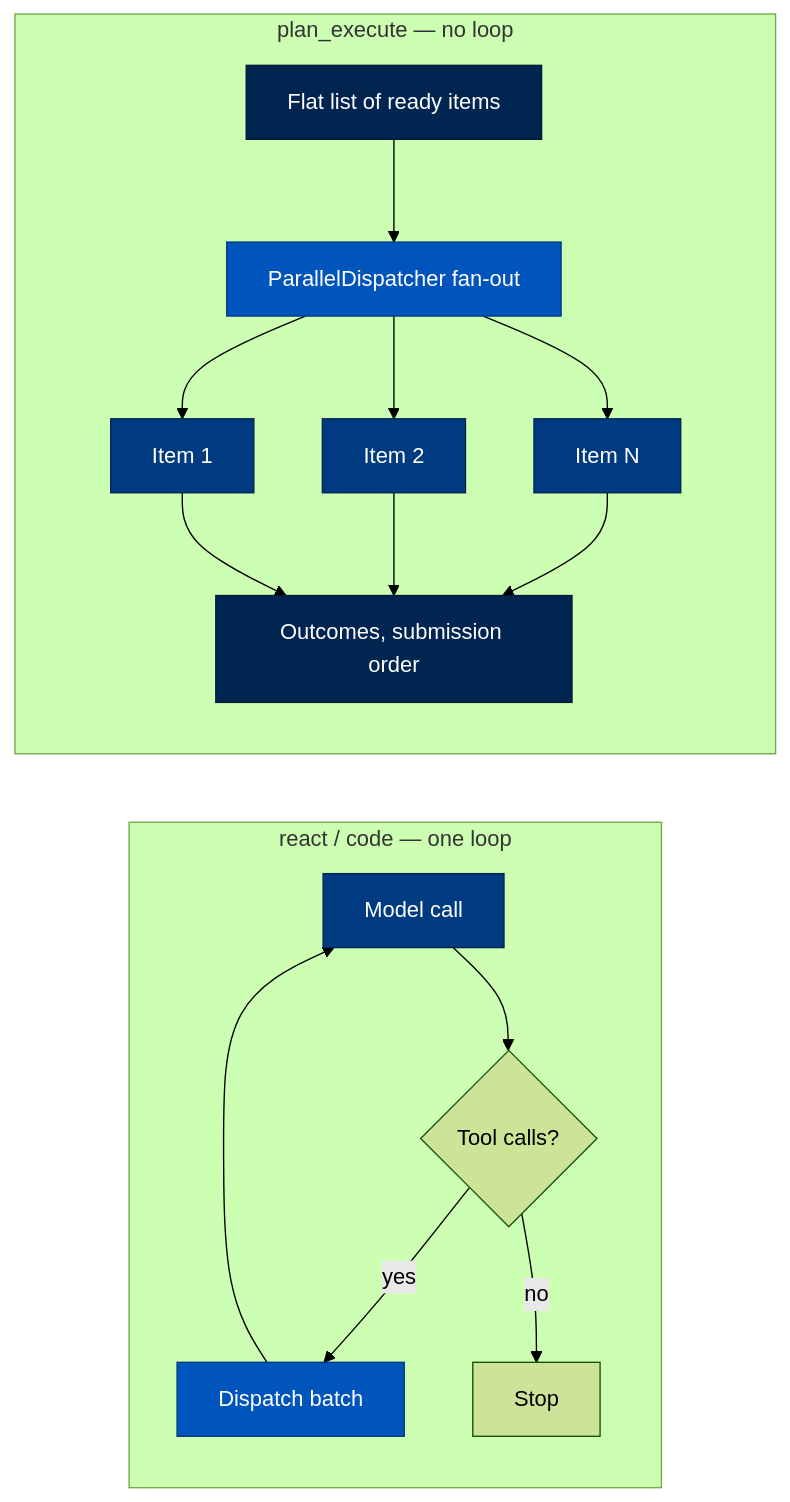
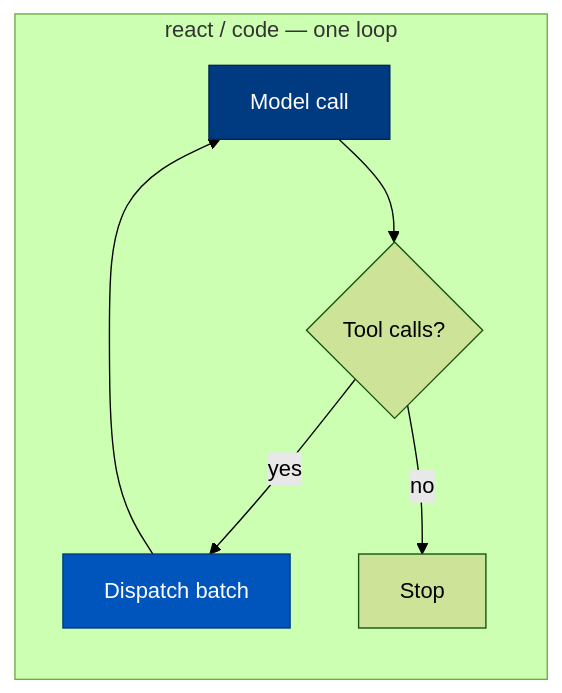
One commit to joshuamschultz/Arc changed the second of 4 diagrams in docs/walkthrough/05-steering-and-strategies.md. Above: the diagram before and after it, drawn with Mermaid (forest theme). The commit also changed other lines of this file and 109 other files, not shown here.

````diff
--- a/docs/walkthrough/05-steering-and-strategies.md
+++ b/docs/walkthrough/05-steering-and-strategies.md
@@ -192,24 +251,13 @@
 ```mermaid
 flowchart LR
     classDef runtime fill:#0055BC,stroke:#003B82,color:#FFFFFF
     classDef llm     fill:#003B82,stroke:#002550,color:#FFFFFF
     classDef found   fill:#002550,stroke:#001A38,color:#FFFFFF
 
     subgraph ReAct["react / code — one loop"]
         direction TB
         R1["Model call"]:::llm --> R2{"Tool calls?"}
         R2 -->|"yes"| R3["Dispatch batch"]:::runtime --> R1
         R2 -->|"no"| R4["Stop"]
     end
-
-    subgraph PlanExecute["plan_execute — no loop"]
-        direction TB
-        P1["Flat list of ready items"]:::found --> P2["ParallelDispatcher fan-out"]:::runtime
-        P2 --> P3["Item 1"]:::llm
-        P2 --> P4["Item 2"]:::llm
-        P2 --> P5["Item N"]:::llm
-        P3 --> P6["Outcomes, submission order"]:::found
-        P4 --> P6
-        P5 --> P6
-    end
 ```
````
